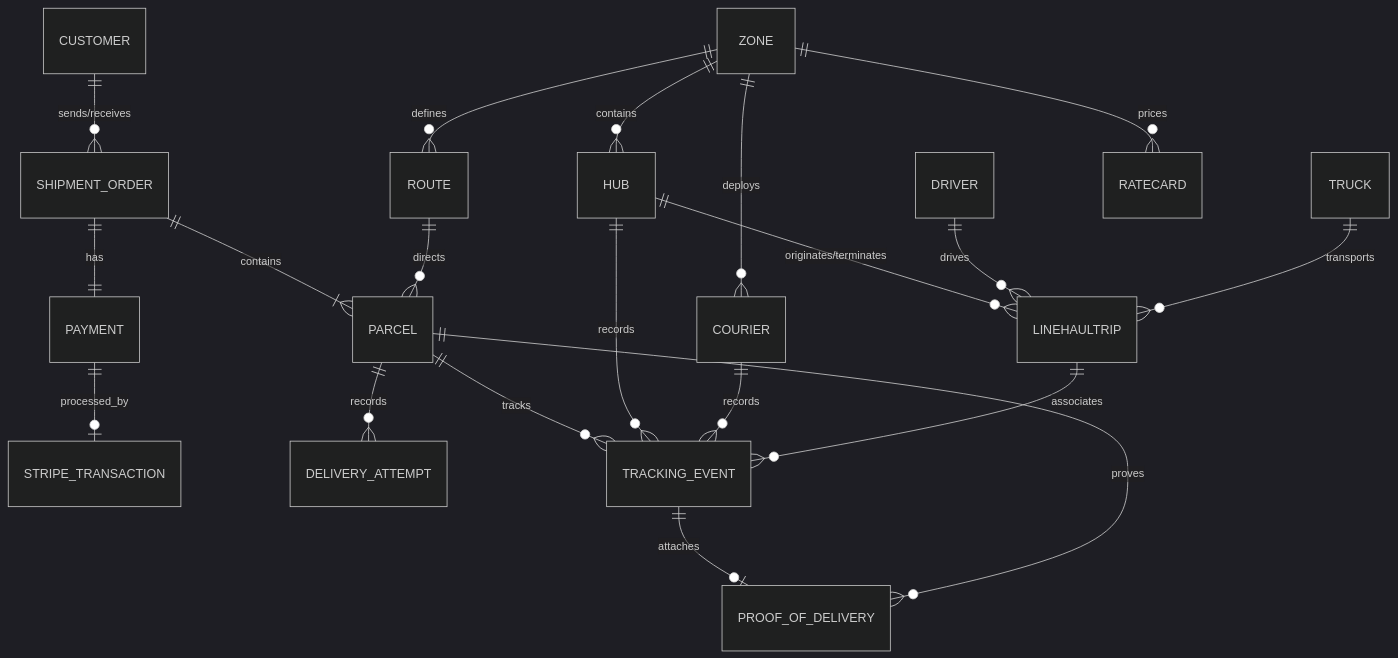
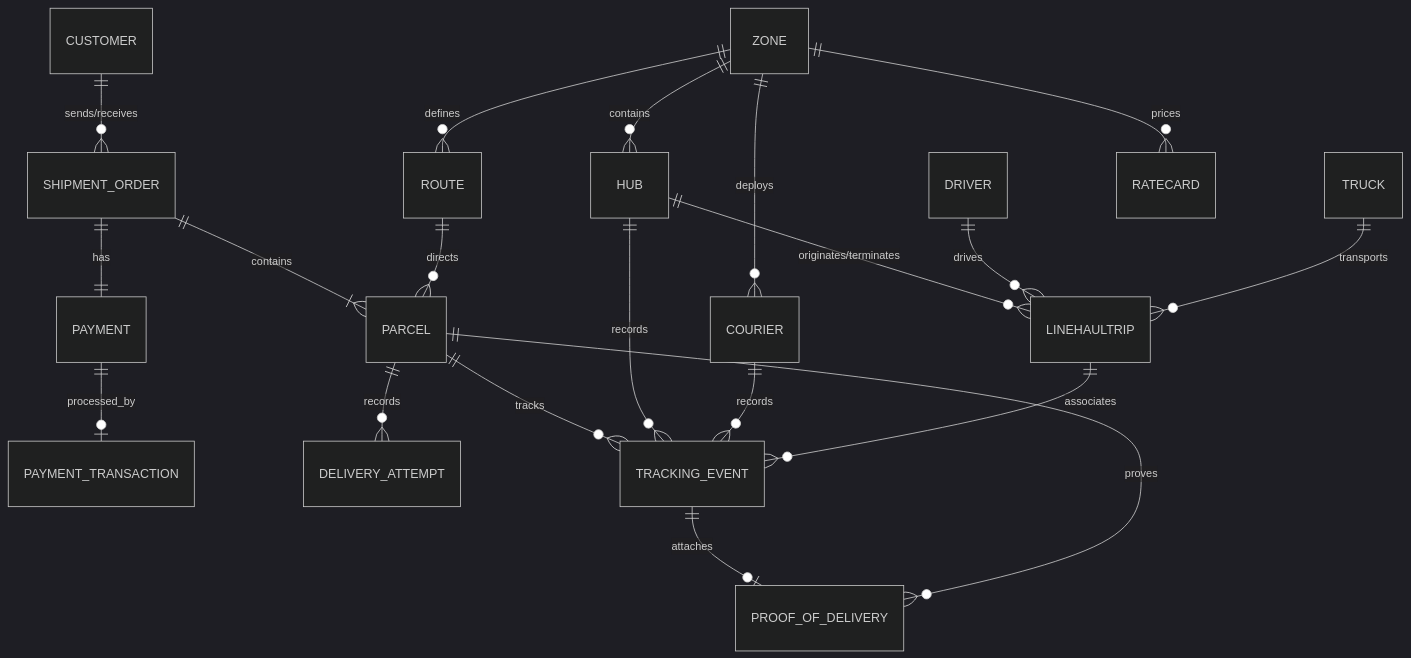
One commit to dunguyen-311201/nestjs changed the diagram in shipping-system/docs/05-database-seeding-analysis.md. Above: the diagram before and after it, drawn with Mermaid (dark theme). The commit also changed other lines of this file and 14 other files, not shown here.

````diff
--- a/shipping-system/docs/05-database-seeding-analysis.md
+++ b/shipping-system/docs/05-database-seeding-analysis.md
@@ -11,22 +11,22 @@
 ```mermaid
 erDiagram
     CUSTOMER ||--o{ SHIPMENT_ORDER : "sends/receives"
     SHIPMENT_ORDER ||--|{ PARCEL : "contains"
     SHIPMENT_ORDER ||--|| PAYMENT : "has"
-    PAYMENT ||--o| STRIPE_TRANSACTION : "processed_by"
+    PAYMENT ||--o| PAYMENT_TRANSACTION : "processed_by"
     PARCEL ||--o{ DELIVERY_ATTEMPT : "records"
     PARCEL ||--o{ TRACKING_EVENT : "tracks"
     ROUTE ||--o{ PARCEL : "directs"
     HUB ||--o{ LINEHAULTRIP : "originates/terminates"
     DRIVER ||--o{ LINEHAULTRIP : "drives"
     TRUCK ||--o{ LINEHAULTRIP : "transports"
     ZONE ||--o{ HUB : "contains"
     ZONE ||--o{ ROUTE : "defines"
     ZONE ||--o{ RATECARD : "prices"
     ZONE ||--o{ COURIER : "deploys"
     TRACKING_EVENT ||--o| PROOF_OF_DELIVERY : "attaches"
     PARCEL ||--o{ PROOF_OF_DELIVERY : "proves"
     HUB ||--o{ TRACKING_EVENT : "records"
     COURIER ||--o{ TRACKING_EVENT : "records"
     LINEHAULTRIP ||--o{ TRACKING_EVENT : "associates"
 ```
````
